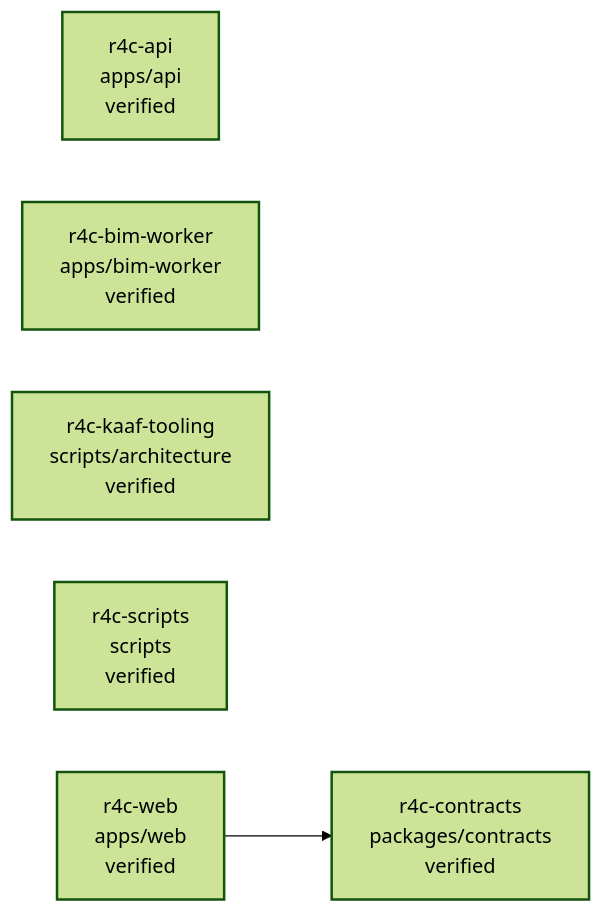
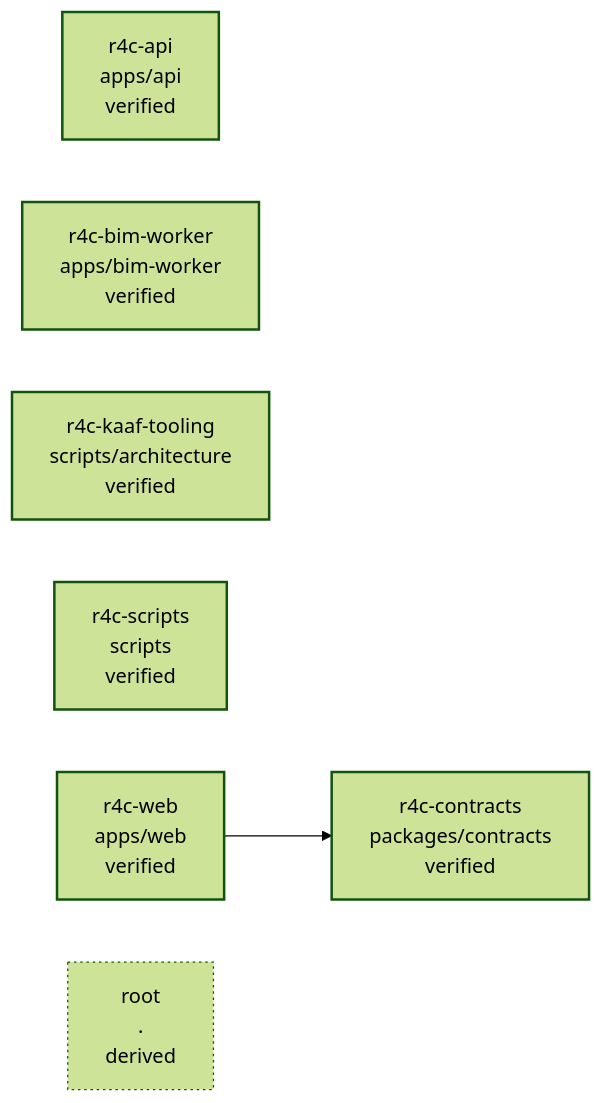
Before and after one commit to Islamce/R4C: the diagram in .ai/diagrams/container.md, drawn with Mermaid (forest theme). The commit also changed other lines of this file and 14 other files, not shown here.

Commit message:
chore(kaaf): refresh generated architecture context

````diff
--- a/.ai/diagrams/container.md
+++ b/.ai/diagrams/container.md
@@ -7,16 +7,18 @@
 ```mermaid
 graph LR
   r4c_api["r4c-api<br/>apps/api<br/>verified"]
   r4c_bim_worker["r4c-bim-worker<br/>apps/bim-worker<br/>verified"]
   r4c_contracts["r4c-contracts<br/>packages/contracts<br/>verified"]
   r4c_kaaf_tooling["r4c-kaaf-tooling<br/>scripts/architecture<br/>verified"]
   r4c_scripts["r4c-scripts<br/>scripts<br/>verified"]
   r4c_web["r4c-web<br/>apps/web<br/>verified"]
+  root["root<br/>.<br/>derived"]
   r4c_web --> r4c_contracts
   style r4c_api stroke-width:2px
   style r4c_bim_worker stroke-width:2px
   style r4c_contracts stroke-width:2px
   style r4c_kaaf_tooling stroke-width:2px
   style r4c_scripts stroke-width:2px
   style r4c_web stroke-width:2px
+  style root stroke-dasharray:2 3
 ```
````
